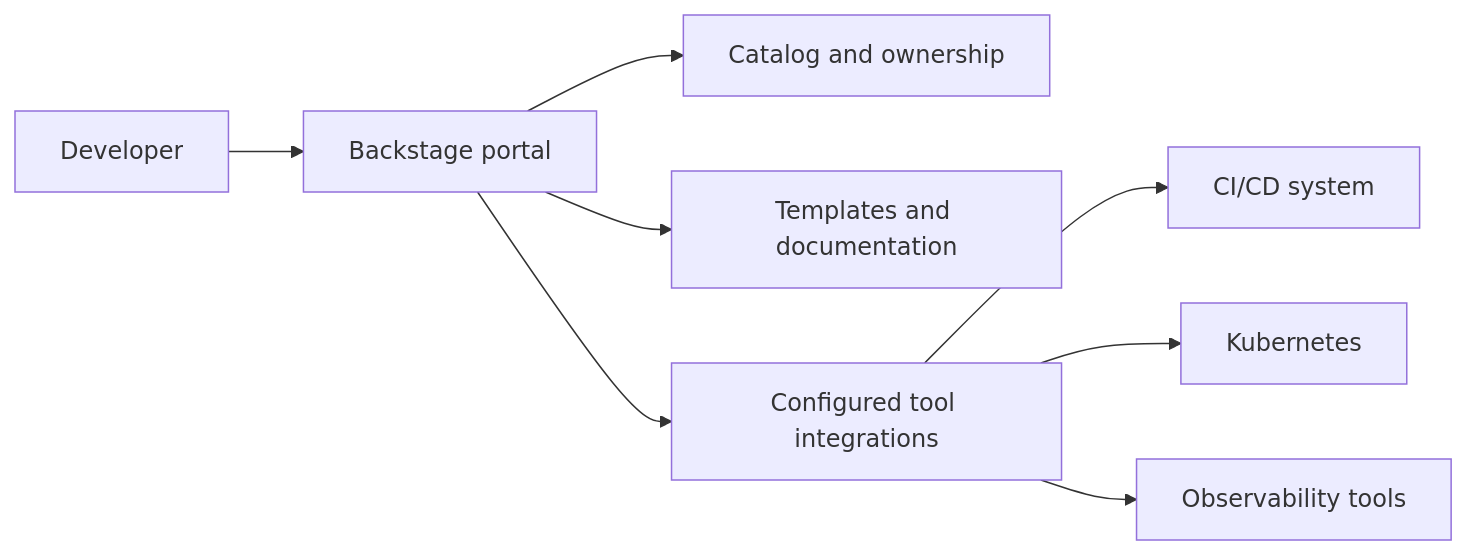
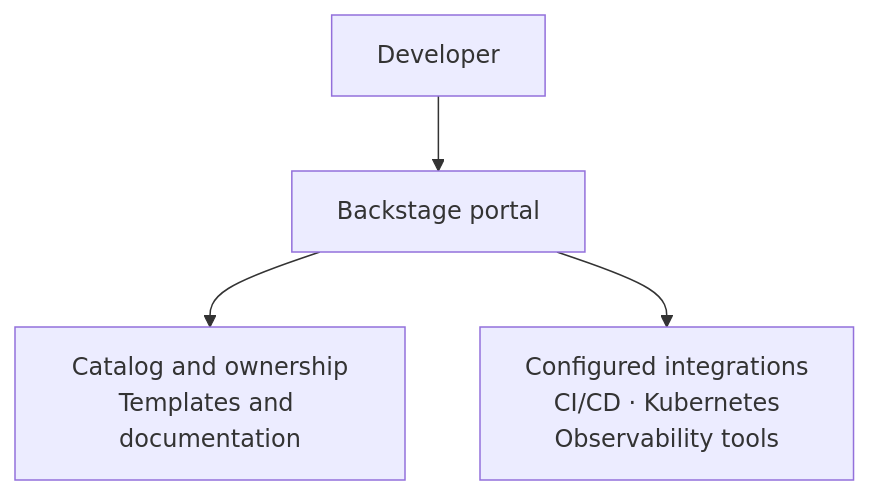
Before and after one commit to DonalGeraghty/study-repository: the diagram in docs/platform-engineering/backstage.md, drawn with Mermaid. The commit also changed 17 other files, not shown here.

First line of the commit message:
Tighten Mermaid layout readability

````diff
--- a/docs/platform-engineering/backstage.md
+++ b/docs/platform-engineering/backstage.md
@@ -24,10 +24,6 @@
 ```mermaid
-flowchart LR
+flowchart TD
     D[Developer] --> B[Backstage portal]
-    B --> C[Catalog and ownership]
-    B --> T[Templates and documentation]
-    B --> I[Configured tool integrations]
-    I --> P[CI/CD system]
-    I --> K[Kubernetes]
-    I --> O[Observability tools]
+    B --> C["Catalog and ownership<br/>Templates and documentation"]
+    B --> I["Configured integrations<br/>CI/CD · Kubernetes<br/>Observability tools"]
 ```
````
